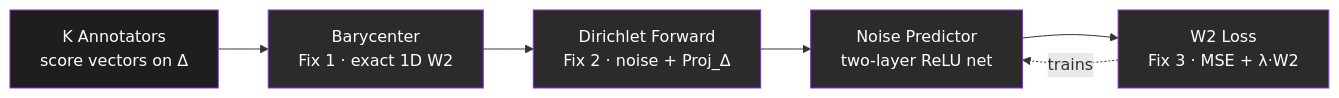
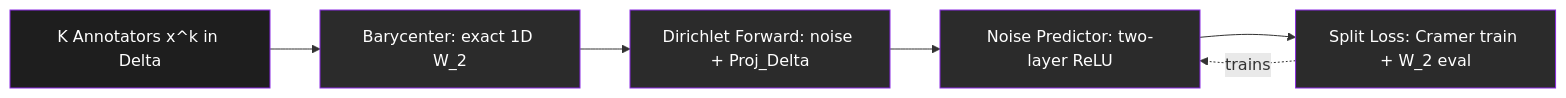
One commit to itsmilindsahu/IIITK_Wasserstien-Annotation changed the diagram in README.md. Above: the diagram before and after it, drawn with Mermaid. The commit also changed other lines of this file and 5 other files, not shown here.

````diff
--- a/README.md
+++ b/README.md
@@ -49,14 +104,14 @@
 ```mermaid
 flowchart LR
-    A["K Annotators\nscore vectors on Δ"] --> B["Barycenter\nFix 1 · exact 1D W2"]
-    B --> C["Dirichlet Forward\nFix 2 · noise + Proj_Δ"]
-    C --> D["Noise Predictor\ntwo-layer ReLU net"]
-    D --> E["W2 Loss\nFix 3 · MSE + λ·W2"]
+    A["K Annotators x^k in Delta"] --> B["Barycenter: exact 1D W_2"]
+    B --> C["Dirichlet Forward: noise + Proj_Delta"]
+    C --> D["Noise Predictor: two-layer ReLU"]
+    D --> E["Split Loss: Cramer train + W_2 eval"]
     E -.trains.-> D
 
     style A fill:#1e1e1e,color:#fff,stroke:#8a2be2
     style B fill:#2b2b2b,color:#fff,stroke:#8a2be2
     style C fill:#2b2b2b,color:#fff,stroke:#8a2be2
     style D fill:#2b2b2b,color:#fff,stroke:#8a2be2
     style E fill:#2b2b2b,color:#fff,stroke:#8a2be2
 ```
````
